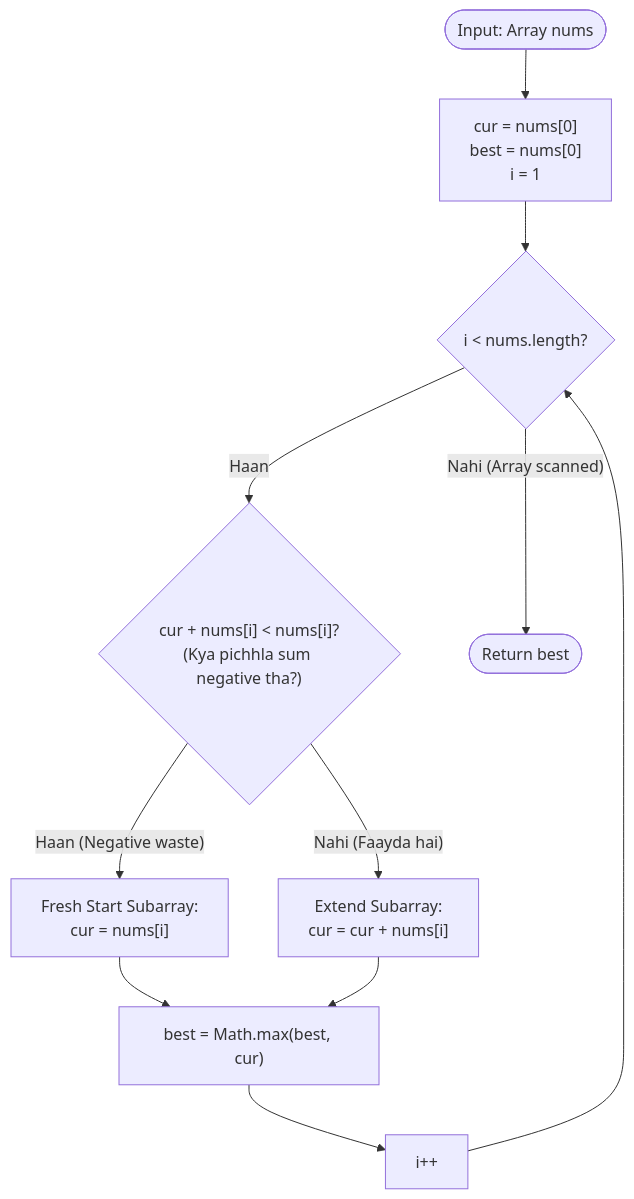
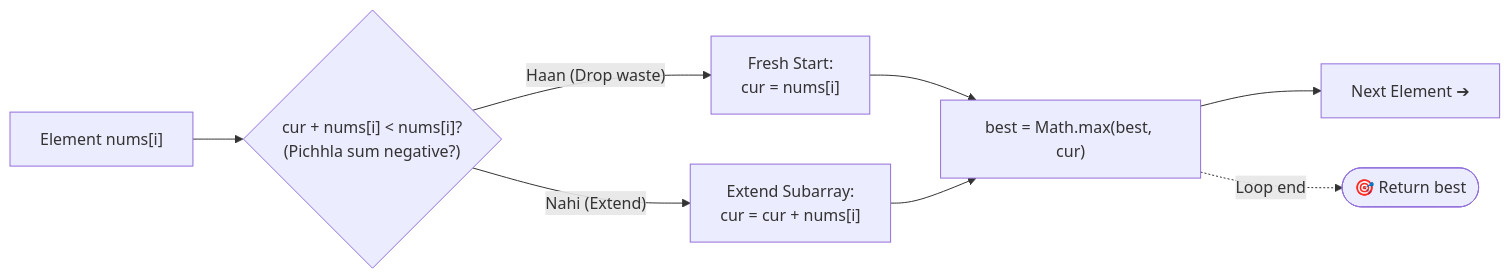
Before and after one commit to Kali-Prem/dsa-logic-building-playbook: the second of 11 diagrams in README.md, drawn with Mermaid. The commit also changed other lines of this file, not shown here.

Commit message:
optimize flowcharts to compact horizontal LR layout for GitHub

````diff
--- a/README.md
+++ b/README.md
@@ -247,17 +246,10 @@
 ```mermaid
-flowchart TD
-    Start(["Input: Array nums"]) --> Init["cur = nums[0]<br/>best = nums[0]<br/>i = 1"]
-    Init --> LoopCheck{"i < nums.length?"}
-    
-    LoopCheck -->|"Haan"| Decision{"cur + nums[i] < nums[i]?<br/>(Kya pichhla sum negative tha?)"}
-    
-    Decision -->|"Haan (Negative waste)"| Restart["Fresh Start Subarray:<br/>cur = nums[i]"]
-    Decision -->|"Nahi (Faayda hai)"| Extend["Extend Subarray:<br/>cur = cur + nums[i]"]
-    
-    Restart --> UpdateBest["best = Math.max(best, cur)"]
-    Extend --> UpdateBest
-    
-    UpdateBest --> NextElem["i++"] --> LoopCheck
-    
-    LoopCheck -->|"Nahi (Array scanned)"| Done(["Return best"])
+flowchart LR
+    In["Element nums[i]"] --> Dec{"cur + nums[i] < nums[i]?<br/>(Pichhla sum negative?)"}
+    Dec -->|"Haan (Drop waste)"| R["Fresh Start:<br/>cur = nums[i]"]
+    Dec -->|"Nahi (Extend)"| E["Extend Subarray:<br/>cur = cur + nums[i]"]
+    R --> Up["best = Math.max(best, cur)"]
+    E --> Up
+    Up --> Nxt["Next Element ➔"]
+    Up -.->|"Loop end"| Out(["🎯 Return best"])
 ```
````
